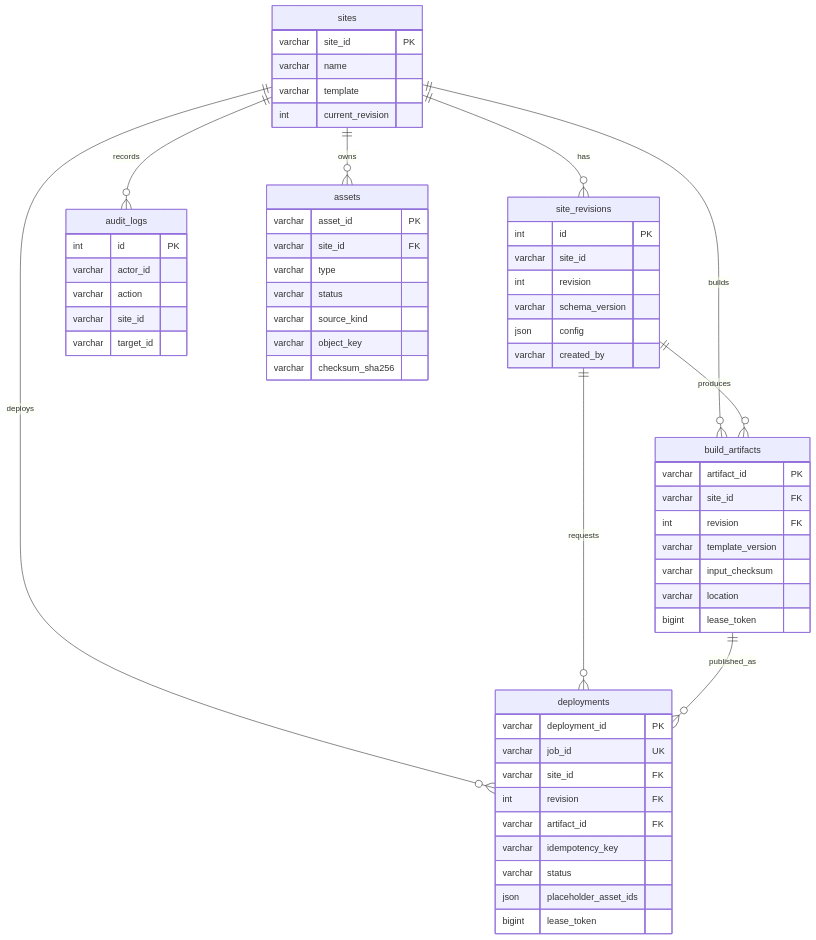
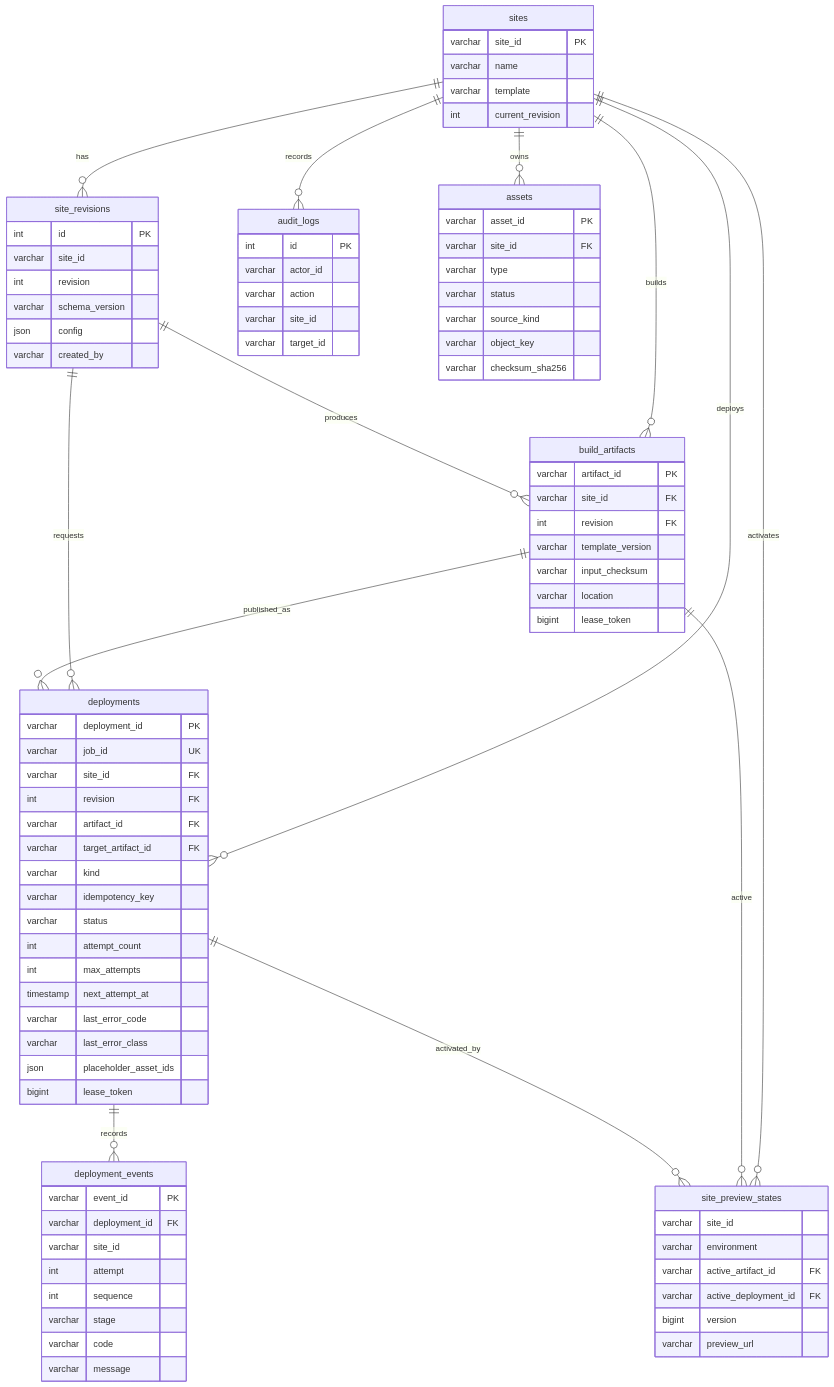
One commit to pdd1996/susite changed the diagram in docs/guides/DATABASE.md. Above: the diagram before and after it, drawn with Mermaid. The commit also changed other lines of this file and 24 other files, not shown here.

````diff
--- a/docs/guides/DATABASE.md
+++ b/docs/guides/DATABASE.md
@@ -67,9 +68,13 @@
     sites ||--o{ assets : owns
     sites ||--o{ build_artifacts : builds
     sites ||--o{ deployments : deploys
+    sites ||--o{ site_preview_states : activates
     site_revisions ||--o{ build_artifacts : produces
     site_revisions ||--o{ deployments : requests
     build_artifacts ||--o{ deployments : published_as
+    build_artifacts ||--o{ site_preview_states : active
+    deployments ||--o{ deployment_events : records
+    deployments ||--o{ site_preview_states : activated_by
 
     sites {
         varchar site_id PK
@@ -116,9 +121,34 @@
         varchar site_id FK
         int revision FK
         varchar artifact_id FK
+        varchar target_artifact_id FK
+        varchar kind
         varchar idempotency_key
         varchar status
+        int attempt_count
+        int max_attempts
+        timestamp next_attempt_at
+        varchar last_error_code
+        varchar last_error_class
         json placeholder_asset_ids
         bigint lease_token
     }
+    site_preview_states {
+        varchar site_id
+        varchar environment
+        varchar active_artifact_id FK
+        varchar active_deployment_id FK
+        bigint version
+        varchar preview_url
+    }
+    deployment_events {
+        varchar event_id PK
+        varchar deployment_id FK
+        varchar site_id
+        int attempt
+        int sequence
+        varchar stage
+        varchar code
+        varchar message
+    }
 ```
````
